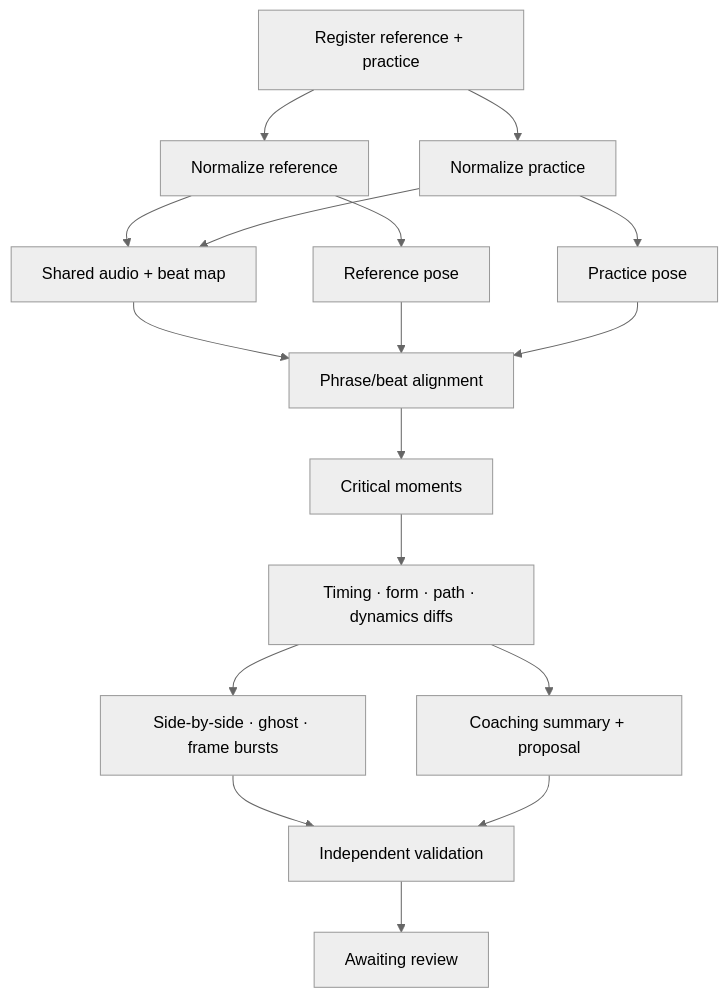
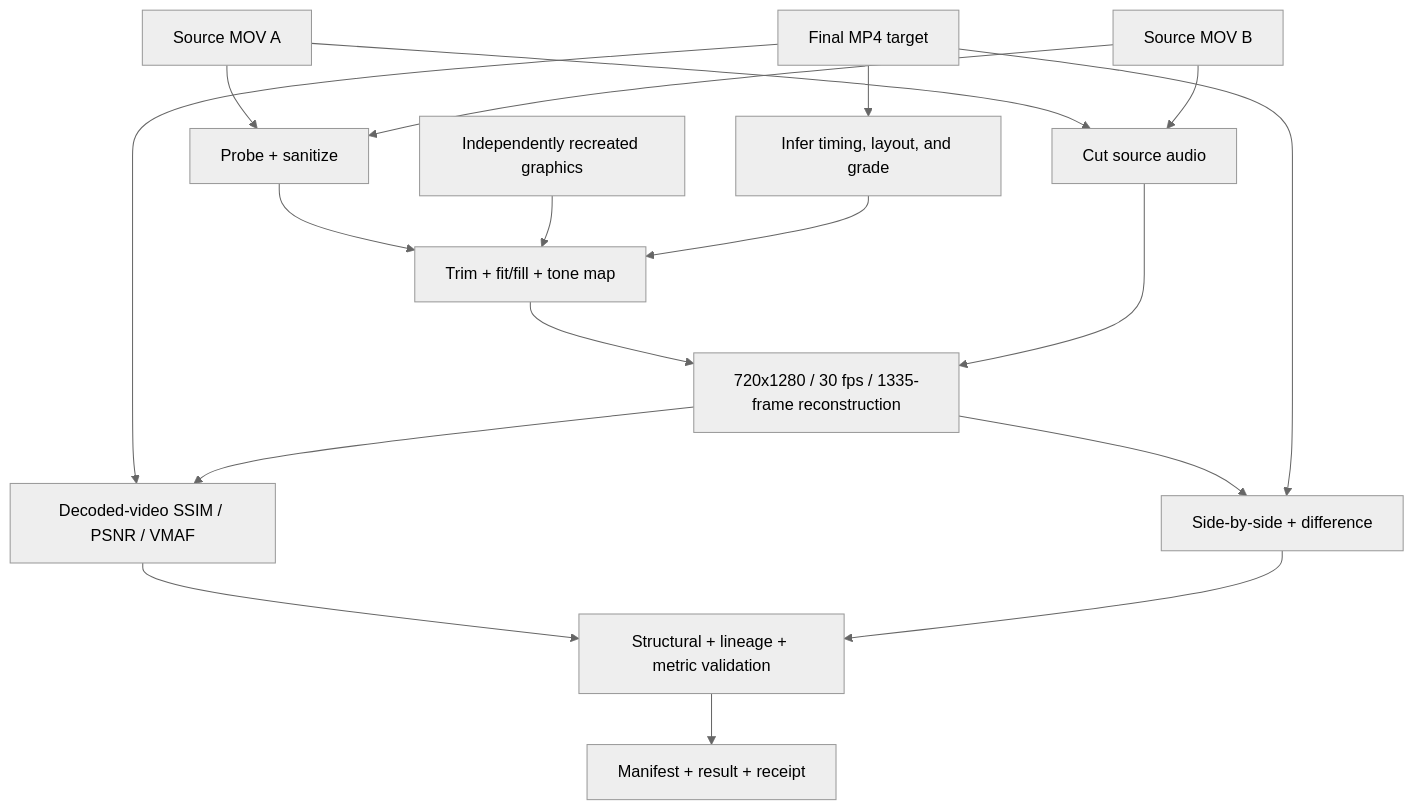
The second of 2 diagrams in docs/architecture.md (HomenShum/NodeVideo), drawn with Mermaid (neutral theme) before and after one commit. The commit also changed other lines of this file and 53 other files, not shown here.

````diff
--- a/docs/architecture.md
+++ b/docs/architecture.md
@@ -104,19 +93,20 @@
 ```mermaid
 flowchart TD
-  I["Register reference + practice"] --> N1["Normalize reference"]
-  I --> N2["Normalize practice"]
-  N1 --> AUD["Shared audio + beat map"]
-  N2 --> AUD
-  N1 --> P1["Reference pose"]
-  N2 --> P2["Practice pose"]
-  AUD --> AL["Phrase/beat alignment"]
-  P1 --> AL
-  P2 --> AL
-  AL --> M["Critical moments"]
-  M --> D["Timing · form · path · dynamics diffs"]
-  D --> R["Side-by-side · ghost · frame bursts"]
-  D --> S["Coaching summary + proposal"]
-  R --> VAL["Independent validation"]
-  S --> VAL
-  VAL --> REVIEW["Awaiting review"]
+  A["Source MOV A"] --> PR["Probe + sanitize"]
+  B["Source MOV B"] --> PR
+  T["Final MP4 target"] --> AN["Infer timing, layout, and grade"]
+  PR --> R["Trim + fit/fill + tone map"]
+  G["Independently recreated graphics"] --> R
+  AN --> R
+  A --> AU["Cut source audio"]
+  B --> AU
+  R --> RC["720x1280 / 30 fps / 1335-frame reconstruction"]
+  AU --> RC
+  T --> EV["Decoded-video SSIM / PSNR / VMAF"]
+  RC --> EV
+  RC --> CMP["Side-by-side + difference"]
+  T --> CMP
+  EV --> VAL["Structural + lineage + metric validation"]
+  CMP --> VAL
+  VAL --> REC["Manifest + result + receipt"]
 ```
````
